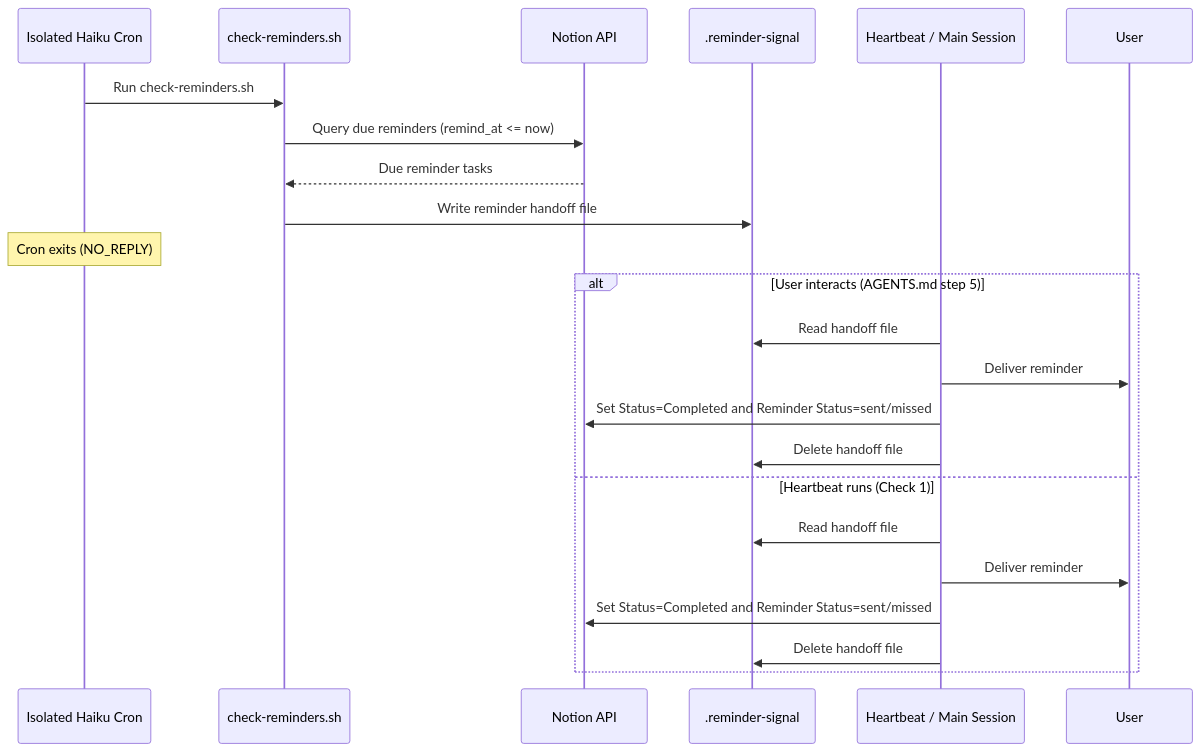
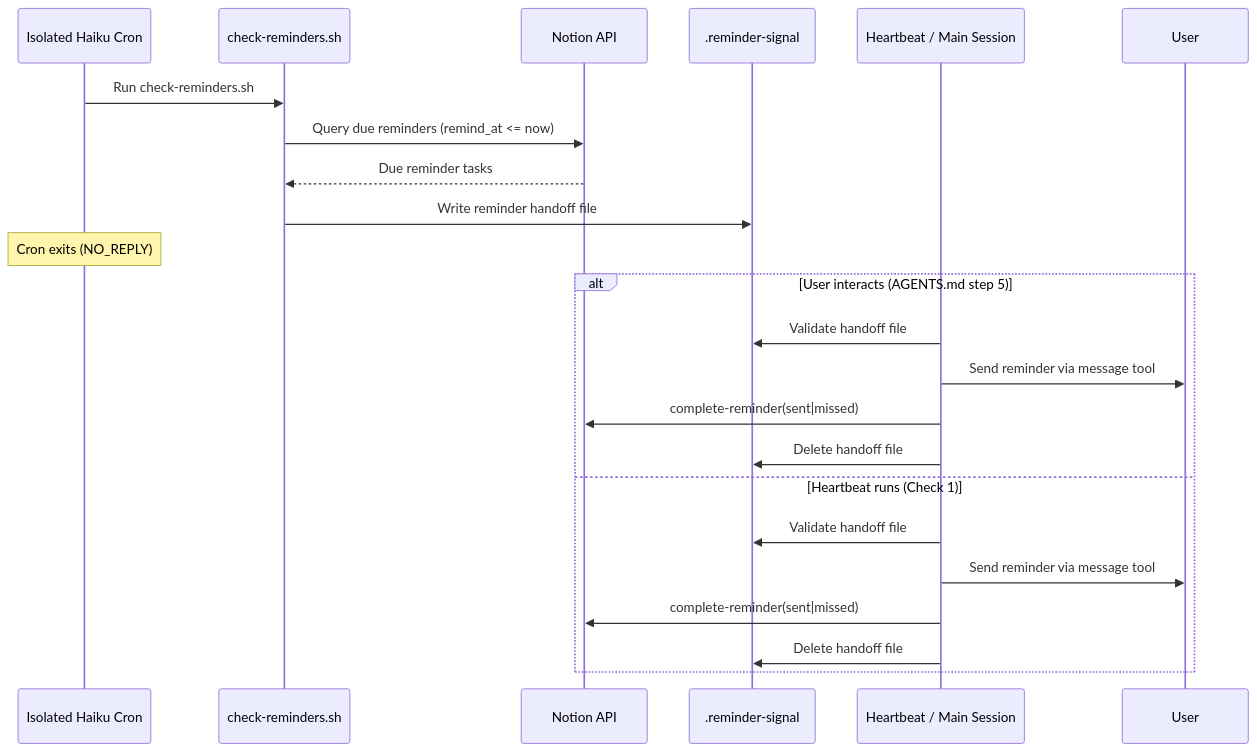
One commit to NickBorgersProbably/hide-my-list changed diagram 22 of 28 in docs/user-interactions.md. Above: the diagram before and after it, drawn with Mermaid. The commit also changed other lines of this file and 22 other files, not shown here.

````diff
--- a/docs/user-interactions.md
+++ b/docs/user-interactions.md
@@ -757,26 +757,26 @@
 ```mermaid
 sequenceDiagram
     participant Cron as Isolated Haiku Cron
     participant Scr as check-reminders.sh
     participant Notion as Notion API
     participant Signal as .reminder-signal
     participant Delivery as Heartbeat / Main Session
     participant User
 
     Cron->>Scr: Run check-reminders.sh
     Scr->>Notion: Query due reminders (remind_at <= now)
     Notion-->>Scr: Due reminder tasks
     Scr->>Signal: Write reminder handoff file
     Note over Cron: Cron exits (NO_REPLY)
     alt User interacts (AGENTS.md step 5)
-        Delivery->>Signal: Read handoff file
-        Delivery->>User: Deliver reminder
-        Delivery->>Notion: Set Status=Completed and Reminder Status=sent/missed
+        Delivery->>Signal: Validate handoff file
+        Delivery->>User: Send reminder via message tool
+        Delivery->>Notion: complete-reminder(sent|missed)
         Delivery->>Signal: Delete handoff file
     else Heartbeat runs (Check 1)
-        Delivery->>Signal: Read handoff file
-        Delivery->>User: Deliver reminder
-        Delivery->>Notion: Set Status=Completed and Reminder Status=sent/missed
+        Delivery->>Signal: Validate handoff file
+        Delivery->>User: Send reminder via message tool
+        Delivery->>Notion: complete-reminder(sent|missed)
         Delivery->>Signal: Delete handoff file
     end
 ```
````
